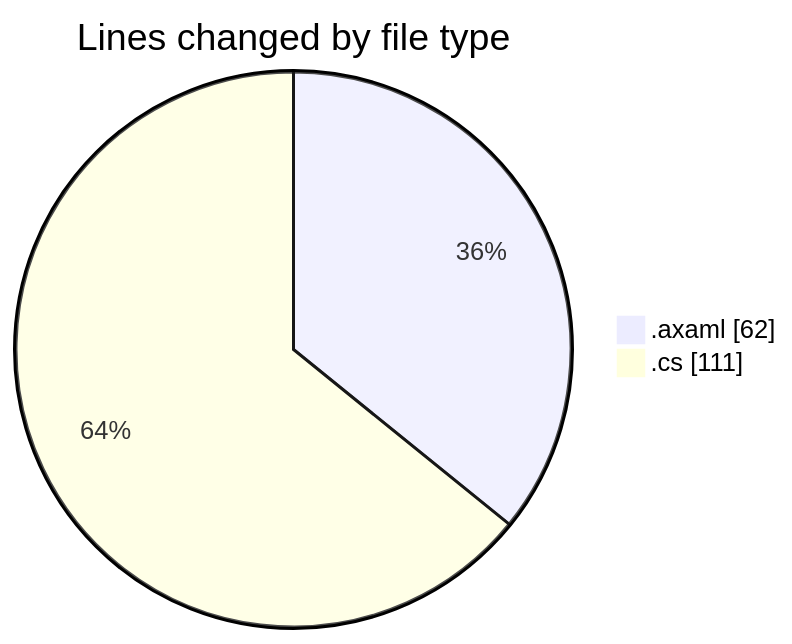
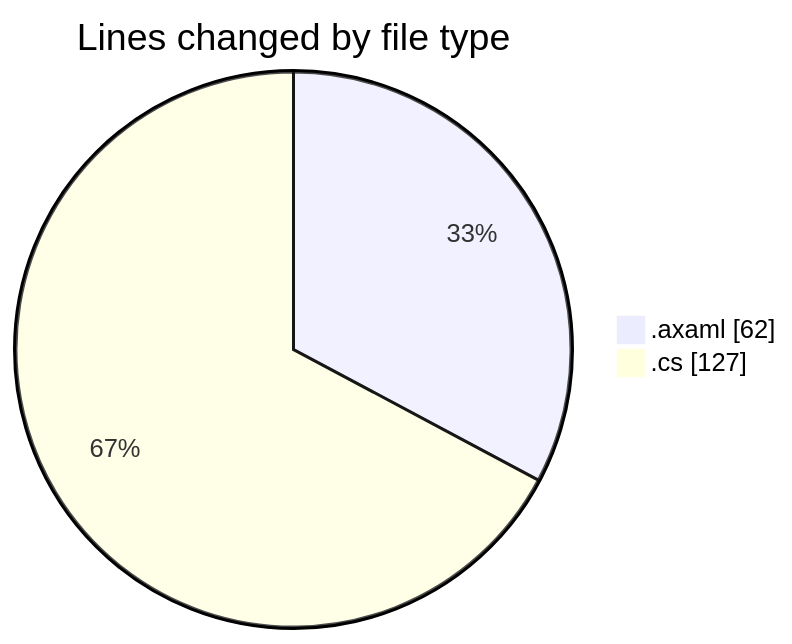
One commit to Netris89/code-tracking changed the first of 2 diagrams in 2025-10-16/skintrack/README.md. Above: the diagram before and after it, drawn with Mermaid. The commit also changed other lines of this file and 1 other file, not shown here.

````diff
--- a/2025-10-16/skintrack/README.md
+++ b/2025-10-16/skintrack/README.md
@@ -25,6 +25,6 @@
 ```mermaid
 pie showData
 title Lines changed by file type
 ".axaml" : 62
-".cs" : 111
+".cs" : 127
 ```
````
